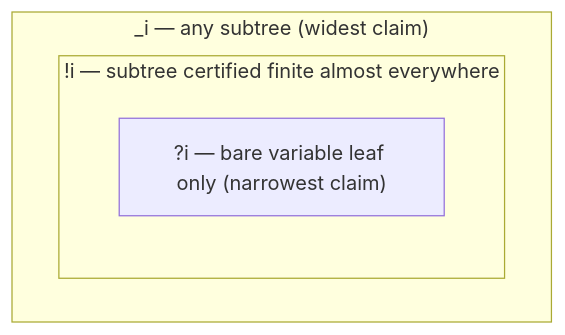
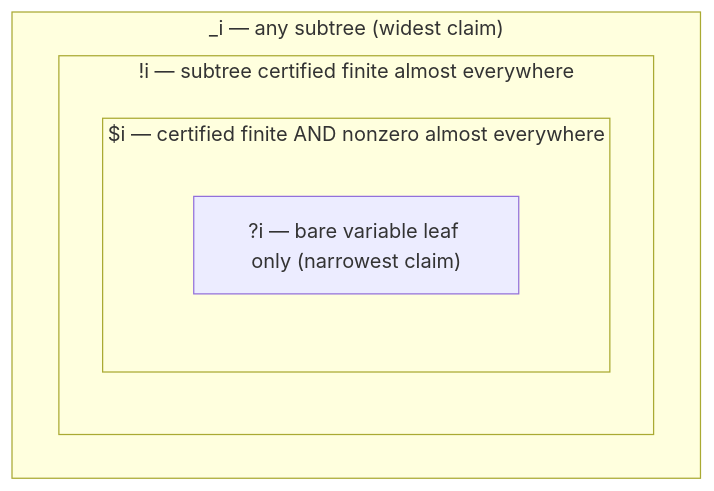
The second of 2 diagrams in docs/rules.md (psaegert/simplipy), drawn with Mermaid before and after one commit. The commit also changed other lines of this file and 122 other files, not shown here.

````diff
--- a/docs/rules.md
+++ b/docs/rules.md
@@ -88,8 +94,10 @@
 ```mermaid
 flowchart TB
     subgraph ANY["_i — any subtree (widest claim)"]
         subgraph BANG["!i — subtree certified finite almost everywhere"]
-            Q["?i — bare variable leaf only (narrowest claim)"]
+            subgraph DOLLAR["$i — certified finite AND nonzero almost everywhere"]
+                Q["?i — bare variable leaf only (narrowest claim)"]
+            end
         end
     end
 ```
````
